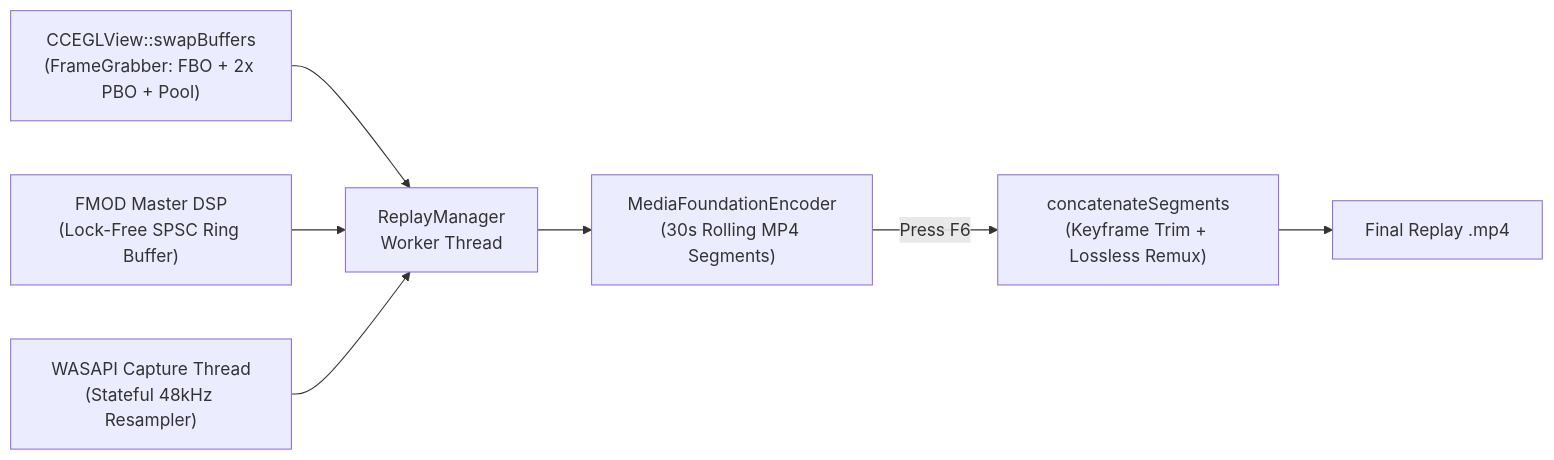
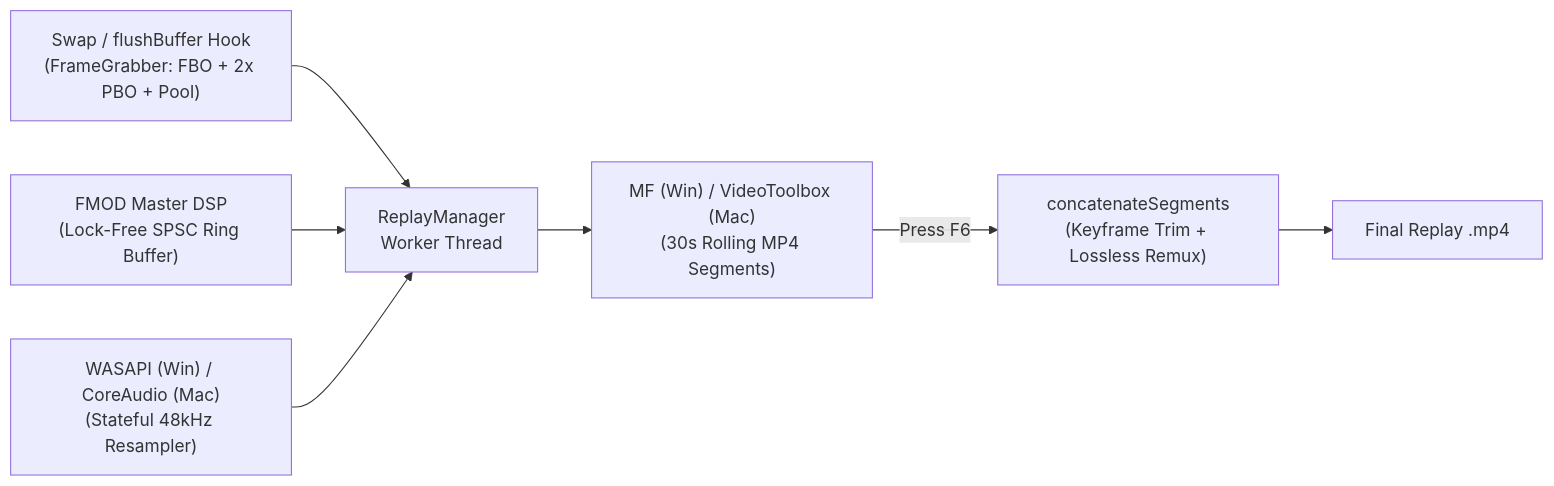
The diagram in README.md (ItsZeMo/instant-replay-geode), drawn with Mermaid before and after one commit. The commit also changed other lines of this file and 23 other files, not shown here.

````diff
--- a/README.md
+++ b/README.md
@@ -29,9 +30,9 @@
 ```mermaid
 flowchart LR
-    GL["CCEGLView::swapBuffers<br/>(FrameGrabber: FBO + 2x PBO + Pool)"] --> Q["ReplayManager<br/>Worker Thread"]
+    GL["Swap / flushBuffer Hook<br/>(FrameGrabber: FBO + 2x PBO + Pool)"] --> Q["ReplayManager<br/>Worker Thread"]
     FMOD["FMOD Master DSP<br/>(Lock-Free SPSC Ring Buffer)"] --> Q
-    WASAPI["WASAPI Capture Thread<br/>(Stateful 48kHz Resampler)"] --> Q
-    Q --> ENC["MediaFoundationEncoder<br/>(30s Rolling MP4 Segments)"]
+    MIC["WASAPI (Win) / CoreAudio (Mac)<br/>(Stateful 48kHz Resampler)"] --> Q
+    Q --> ENC["MF (Win) / VideoToolbox (Mac)<br/>(30s Rolling MP4 Segments)"]
     ENC -->|Press F6| REMUX["concatenateSegments<br/>(Keyframe Trim + Lossless Remux)"]
     REMUX --> MP4["Final Replay .mp4"]
 ```
````
